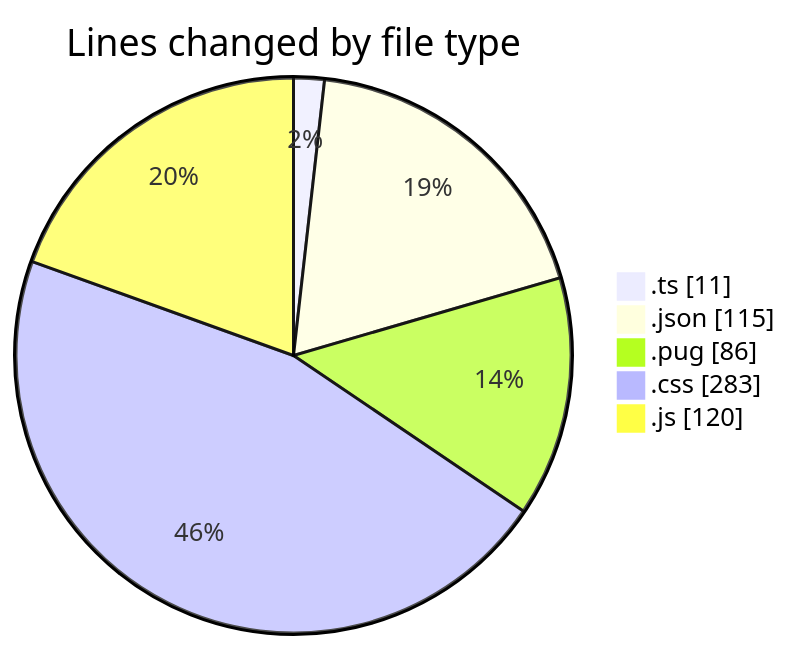
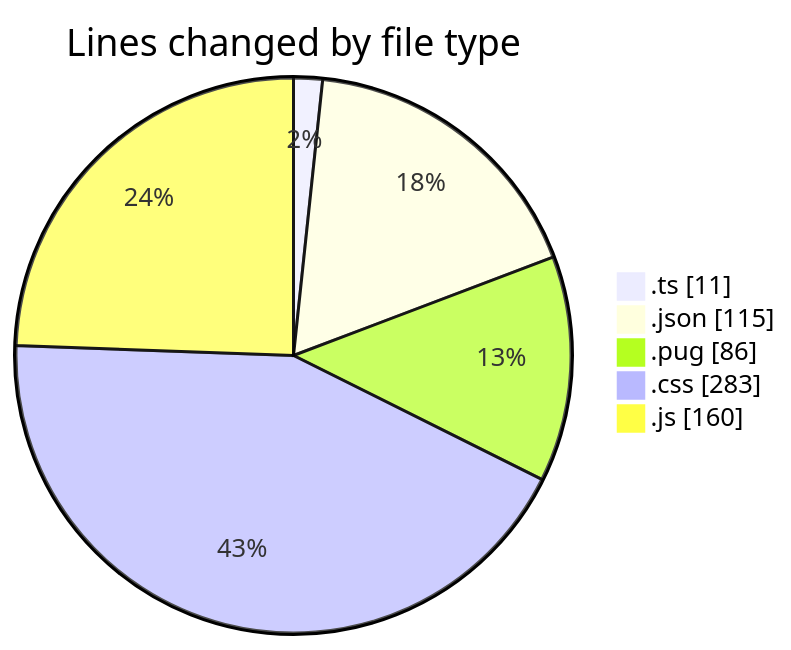
One commit to momahboobian/code-tracking changed the first of 2 diagrams in 2025-02-24/cda/README.md. Above: the diagram before and after it, drawn with Mermaid. The commit also changed other lines of this file and 1 other file, not shown here.

````diff
--- a/2025-02-24/cda/README.md
+++ b/2025-02-24/cda/README.md
@@ -30,9 +30,9 @@
 ```mermaid
 pie showData
 title Lines changed by file type
 ".ts" : 11
 ".json" : 115
 ".pug" : 86
 ".css" : 283
-".js" : 120
+".js" : 160
 ```
````
